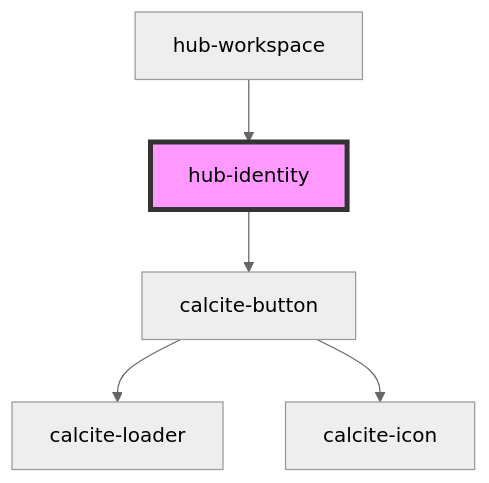
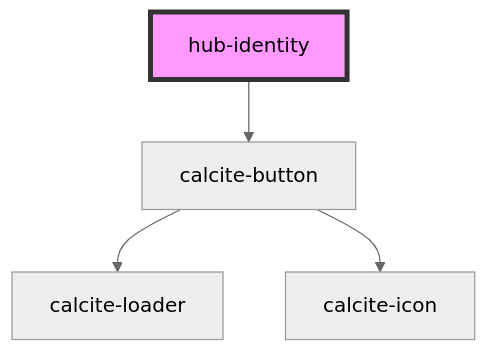
One commit to esridc/hub-components-experiments changed the diagram in src/components/hub-identity/readme.md. Above: the diagram before and after it, drawn with Mermaid (neutral theme). The commit also changed other lines of this file and 9 other files, not shown here.

````diff
--- a/src/components/hub-identity/readme.md
+++ b/src/components/hub-identity/readme.md
@@ -32,8 +28,7 @@
 ```mermaid
 graph TD;
   hub-identity --> calcite-button
   calcite-button --> calcite-loader
   calcite-button --> calcite-icon
-  hub-workspace --> hub-identity
   style hub-identity fill:#f9f,stroke:#333,stroke-width:4px
 ```
````
